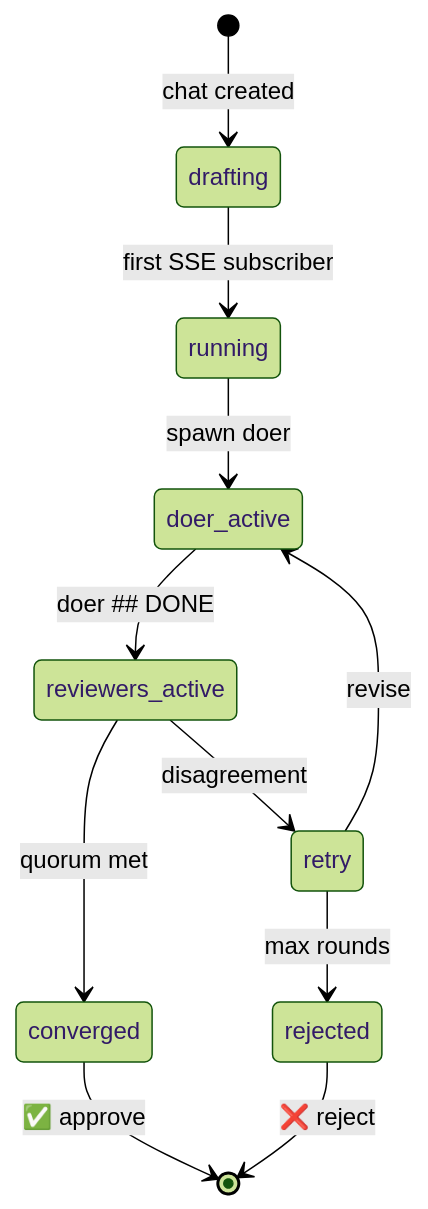
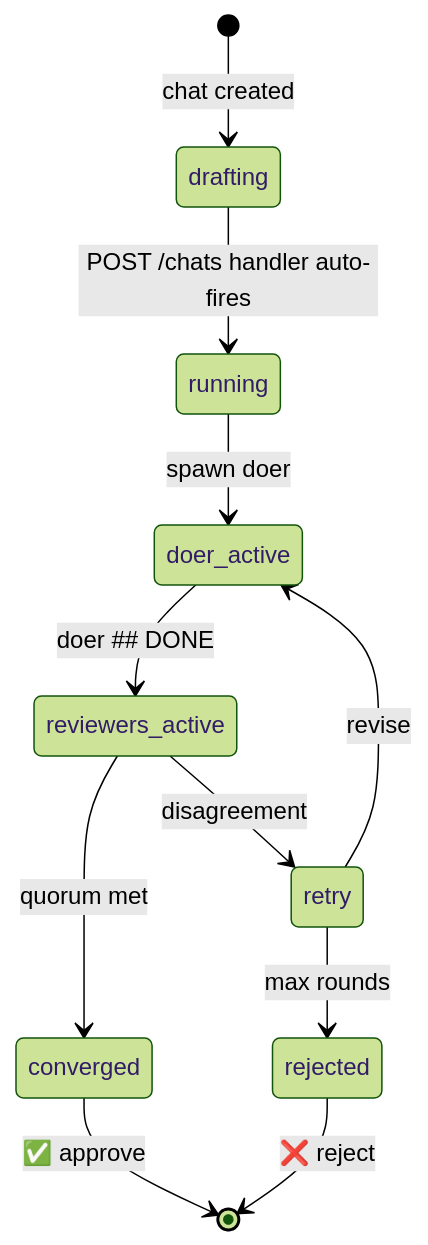
One commit to albovsky/code-council changed the third of 4 diagrams in README.md. Above: the diagram before and after it, drawn with Mermaid (forest theme). The commit also changed other lines of this file, not shown here.

````diff
--- a/README.md
+++ b/README.md
@@ -187,13 +187,13 @@
 ```mermaid
 stateDiagram-v2
     [*] --> drafting: chat created
-    drafting --> running: first SSE subscriber
+    drafting --> running: POST /chats handler auto-fires
     running --> doer_active: spawn doer
     doer_active --> reviewers_active: doer ## DONE
     reviewers_active --> converged: quorum met
     reviewers_active --> retry: disagreement
     retry --> doer_active: revise
     converged --> [*]: ✅ approve
     retry --> rejected: max rounds
     rejected --> [*]: ❌ reject
 ```
````
